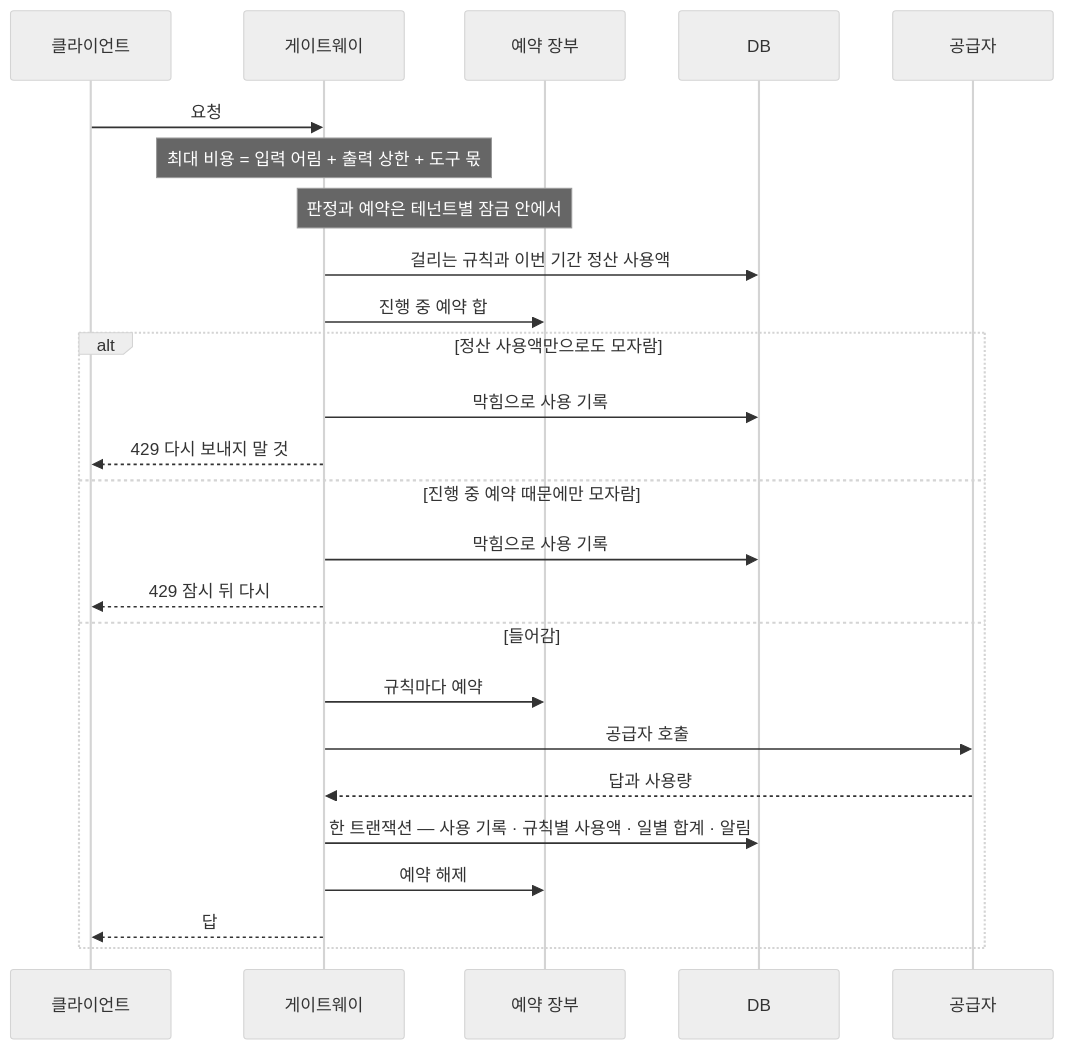
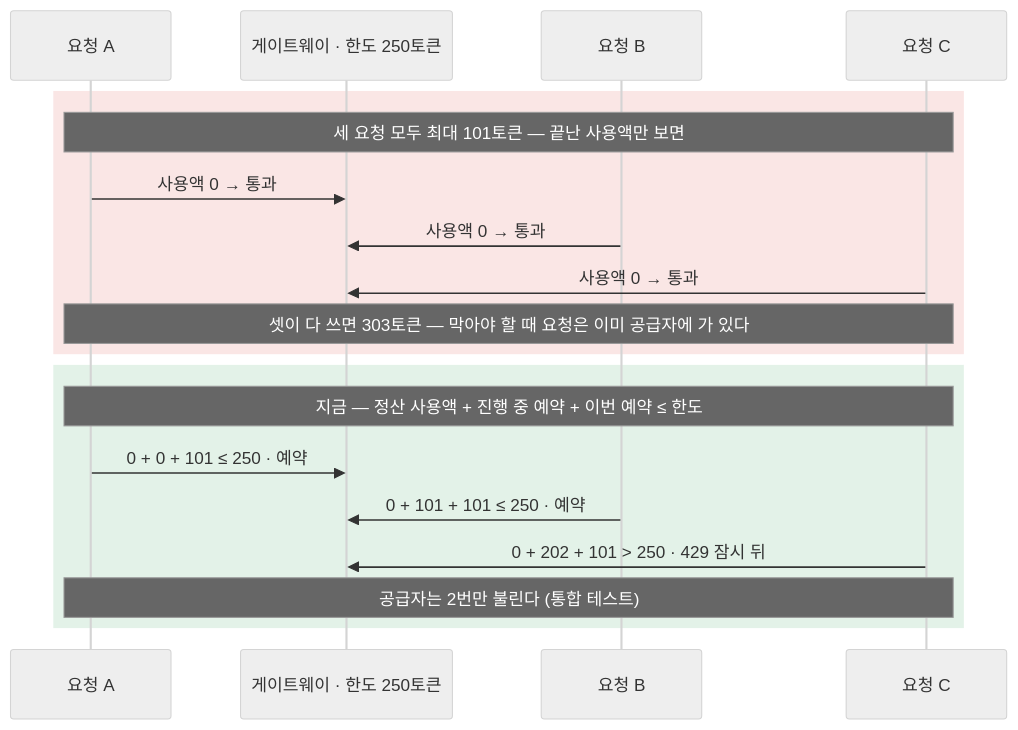
The diagram in src/content/features/llm/budget/diagram-1.mmd (06171002/06171002.github.io), drawn with Mermaid (neutral theme) before and after one commit. The commit also changed 195 other files, not shown here.

```diff
--- a/src/content/features/llm/budget/diagram-1.mmd
+++ b/src/content/features/llm/budget/diagram-1.mmd
@@ -1,25 +1,19 @@
 sequenceDiagram
-    participant c as 클라이언트
-    participant g as 게이트웨이
-    participant l as 예약 장부
-    participant d as DB
-    participant p as 공급자
-    c->>g: 요청
-    Note over g: 최대 비용 = 입력 어림 + 출력 상한 + 도구 몫
-    Note over g,l: 판정과 예약은 테넌트별 잠금 안에서
-    g->>d: 걸리는 규칙과 이번 기간 정산 사용액
-    g->>l: 진행 중 예약 합
-    alt 정산 사용액만으로도 모자람
-        g->>d: 막힘으로 사용 기록
-        g-->>c: 429 다시 보내지 말 것
-    else 진행 중 예약 때문에만 모자람
-        g->>d: 막힘으로 사용 기록
-        g-->>c: 429 잠시 뒤 다시
-    else 들어감
-        g->>l: 규칙마다 예약
-        g->>p: 공급자 호출
-        p-->>g: 답과 사용량
-        g->>d: 한 트랜잭션 — 사용 기록 · 규칙별 사용액 · 일별 합계 · 알림
-        g->>l: 예약 해제
-        g-->>c: 답
+    participant a as 요청 A
+    participant g as 게이트웨이 · 한도 250토큰
+    participant b as 요청 B
+    participant c as 요청 C
+    rect rgba(220, 80, 70, 0.14)
+        Note over a,c: 세 요청 모두 최대 101토큰 — 끝난 사용액만 보면
+        a->>g: 사용액 0 → 통과
+        b->>g: 사용액 0 → 통과
+        c->>g: 사용액 0 → 통과
+        Note over a,c: 셋이 다 쓰면 303토큰 — 막아야 할 때 요청은 이미 공급자에 가 있다
     end
+    rect rgba(60, 160, 90, 0.14)
+        Note over a,c: 지금 — 정산 사용액 + 진행 중 예약 + 이번 예약 ≤ 한도
+        a->>g: 0 + 0 + 101 ≤ 250 · 예약
+        b->>g: 0 + 101 + 101 ≤ 250 · 예약
+        c->>g: 0 + 202 + 101 > 250 · 429 잠시 뒤
+        Note over a,c: 공급자는 2번만 불린다 (통합 테스트)
+    end
```
